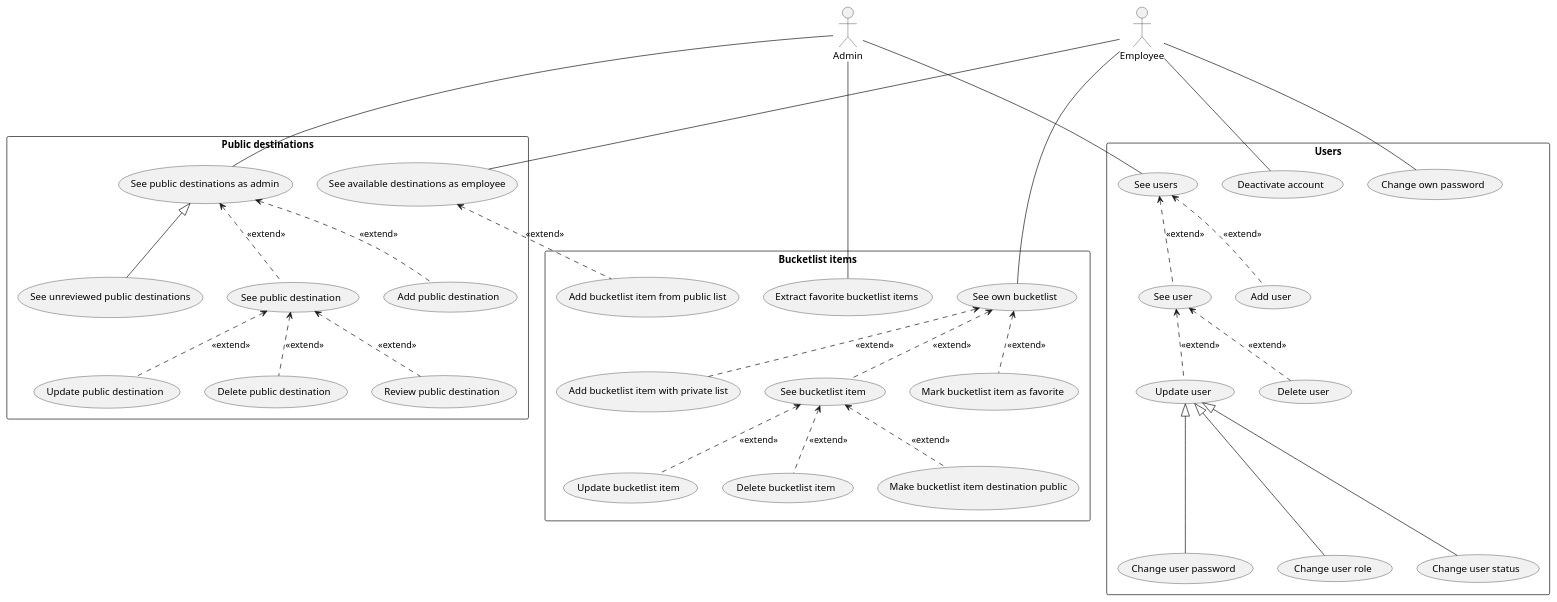
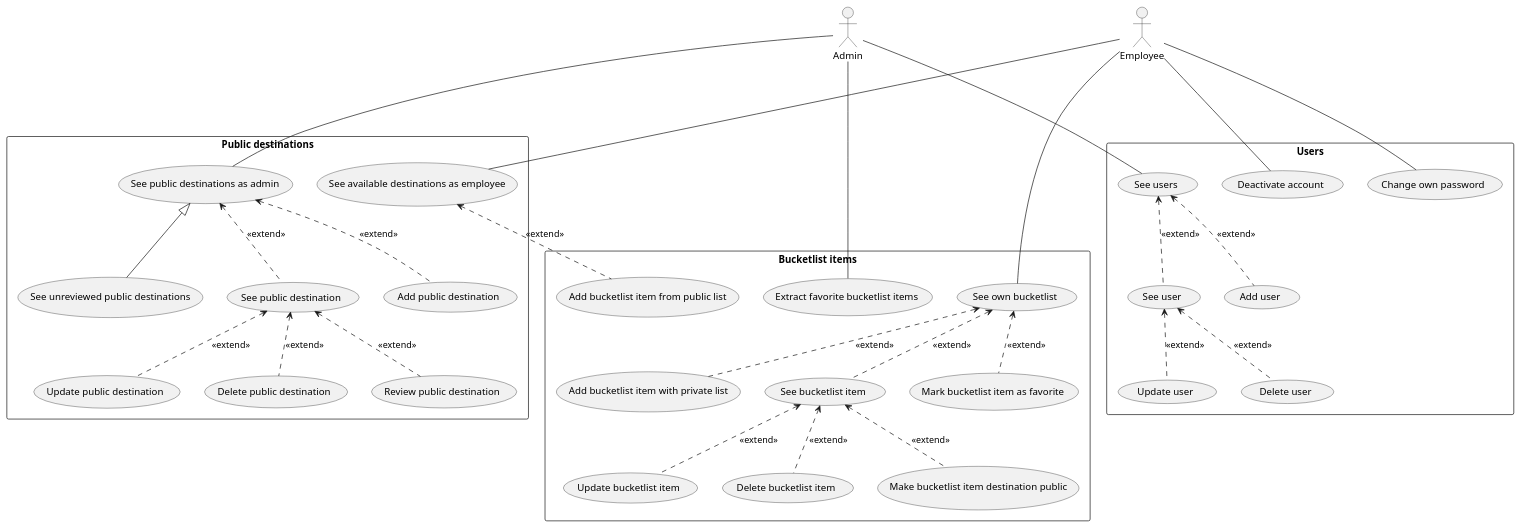
Before and after one commit to cs-rustaceans/bucketlist-diagrams: the diagram in usecase_diagram.puml, drawn with PlantUML.

Commit message:
updates usecase diagram

```diff
--- a/usecase_diagram.puml
+++ b/usecase_diagram.puml
@@ -33,42 +33,39 @@
 @startuml
 
 actor Admin
 actor Employee
 
 rectangle "Users" {
   Admin -- (See users)
   (See users) <.. (See user): <<extend>>
   (See users) <.. (Add user): <<extend>>
   (See user) <.. (Update user): <<extend>>
-  (Update user) <|--- (Change user password)
-  (Update user) <|--- (Change user role)
-  (Update user) <|--- (Change user status)
   (See user) <.. (Delete user): <<extend>>
   Employee --- (Change own password)
   Employee --- (Deactivate account)
 }
 
 rectangle "Public destinations" {
   Admin --- (See public destinations as admin)
   (See public destinations as admin) <|-- (See unreviewed public destinations)
   (See public destinations as admin) <.. (See public destination): <<extend>>
   (See public destinations as admin) <.. (Add public destination): <<extend>>
   (See public destination) <.. (Update public destination): <<extend>>
   (See public destination) <.. (Delete public destination): <<extend>>
   (See public destination) <.. (Review public destination): <<extend>>
   Employee --- (See available destinations as employee)
 }
 
 rectangle "Bucketlist items" {
     (See available destinations as employee) <.. (Add bucketlist item from public list): <<extend>>
     Employee -- (See own bucketlist)
     (See own bucketlist) <.. (Add bucketlist item with private list): <<extend>>
     (See own bucketlist) <.. (See bucketlist item): <<extend>>
     (See bucketlist item) <.. (Update bucketlist item): <<extend>>
     (See bucketlist item) <.. (Delete bucketlist item): <<extend>>
     (See bucketlist item) <.. (Make bucketlist item destination public): <<extend>>
     (See own bucketlist) <.. (Mark bucketlist item as favorite): <<extend>>
     Admin --- (Extract favorite bucketlist items)
 }
 
 @enduml
```
